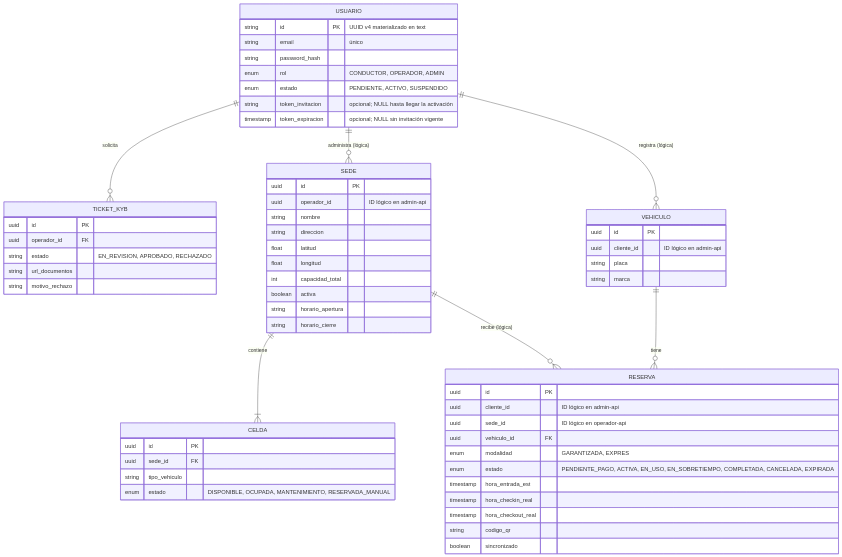
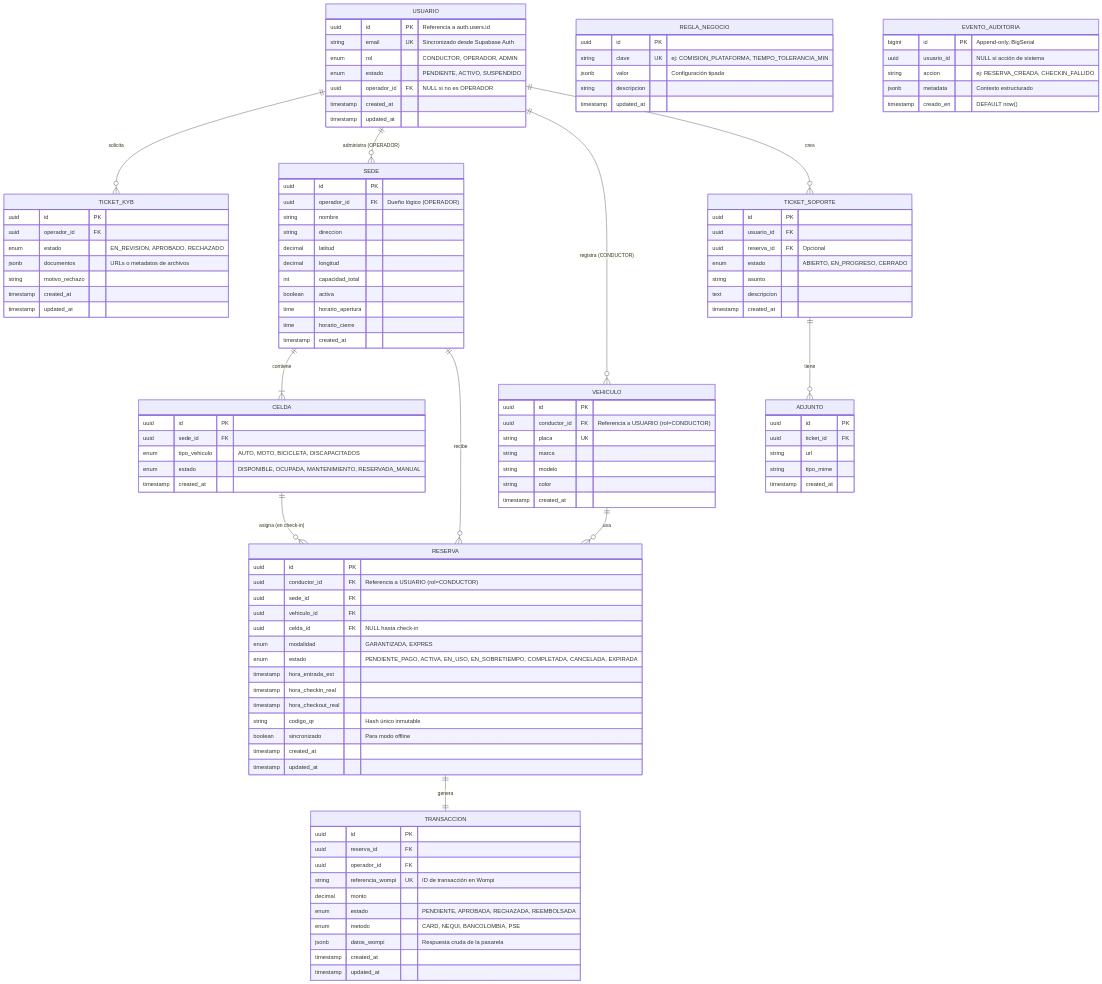
Before and after one commit to Amospad/Locify: the first of 2 diagrams in docs/docs/tecnico/referencia/modelo-datos.md, drawn with Mermaid. The commit also changed other lines of this file and 13 other files, not shown here.

````diff
--- a/docs/docs/tecnico/referencia/modelo-datos.md
+++ b/docs/docs/tecnico/referencia/modelo-datos.md
@@ -16,72 +17,135 @@
 ```mermaid
 erDiagram
-    %% MICROSERVICIO: ADMIN (KYB y Usuarios)
+    %% DOMINIO: IDENTIDAD Y ACCESO (Supabase Auth + Tablas Públicas)
     USUARIO {
-        string id PK "UUID v4 materializado en text"
-        string email "único"
-        string password_hash
+        uuid id PK "Referencia a auth.users.id"
+        string email UK "Sincronizado desde Supabase Auth"
         enum rol "CONDUCTOR, OPERADOR, ADMIN"
         enum estado "PENDIENTE, ACTIVO, SUSPENDIDO"
-        string token_invitacion "opcional; NULL hasta llegar la activación"
-        timestamp token_expiracion "opcional; NULL sin invitación vigente"
+        uuid operador_id FK "NULL si no es OPERADOR"
+        timestamp created_at
+        timestamp updated_at
     }
-    
+
     TICKET_KYB {
         uuid id PK
         uuid operador_id FK
-        string estado "EN_REVISION, APROBADO, RECHAZADO"
-        string url_documentos
+        enum estado "EN_REVISION, APROBADO, RECHAZADO"
+        jsonb documentos "URLs o metadatos de archivos"
         string motivo_rechazo
+        timestamp created_at
+        timestamp updated_at
     }
 
-    %% MICROSERVICIO: OPERADOR (Sedes y Ocupación)
+    %% DOMINIO: OPERADOR (Sedes, Capacidad, Ocupación)
     SEDE {
         uuid id PK
-        uuid operador_id "ID lógico en admin-api"
+        uuid operador_id FK "Dueño lógico (OPERADOR)"
         string nombre
         string direccion
-        float latitud
-        float longitud
+        decimal latitud
+        decimal longitud
         int capacidad_total
         boolean activa
-        string horario_apertura
-        string horario_cierre
+        time horario_apertura
+        time horario_cierre
+        timestamp created_at
     }
 
     CELDA {
         uuid id PK
         uuid sede_id FK
-        string tipo_vehiculo
+        enum tipo_vehiculo "AUTO, MOTO, BICICLETA, DISCAPACITADOS"
         enum estado "DISPONIBLE, OCUPADA, MANTENIMIENTO, RESERVADA_MANUAL"
+        timestamp created_at
     }
 
-    %% MICROSERVICIO: CLIENTE (Reservas y Vehículos)
+    %% DOMINIO: CLIENTE (Conductores, Vehículos, Reservas)
     VEHICULO {
         uuid id PK
-        uuid cliente_id "ID lógico en admin-api"
-        string placa
+        uuid conductor_id FK "Referencia a USUARIO (rol=CONDUCTOR)"
+        string placa UK
         string marca
+        string modelo
+        string color
+        timestamp created_at
     }
 
     RESERVA {
         uuid id PK
-        uuid cliente_id "ID lógico en admin-api"
-        uuid sede_id "ID lógico en operador-api"
+        uuid conductor_id FK "Referencia a USUARIO (rol=CONDUCTOR)"
+        uuid sede_id FK
         uuid vehiculo_id FK
+        uuid celda_id FK "NULL hasta check-in"
         enum modalidad "GARANTIZADA, EXPRES"
         enum estado "PENDIENTE_PAGO, ACTIVA, EN_USO, EN_SOBRETIEMPO, COMPLETADA, CANCELADA, EXPIRADA"
         timestamp hora_entrada_est
         timestamp hora_checkin_real
         timestamp hora_checkout_real
-        string codigo_qr
-        boolean sincronizado
+        string codigo_qr "Hash único inmutable"
+        boolean sincronizado "Para modo offline"
+        timestamp created_at
+        timestamp updated_at
     }
 
-    %% Relaciones lógicas (no son FOREIGN KEY entre servicios distintos)
+    %% DOMINIO: PAGOS Y FINANZAS (Integración Wompi)
+    TRANSACCION {
+        uuid id PK
+        uuid reserva_id FK
+        uuid operador_id FK
+        string referencia_wompi UK "ID de transacción en Wompi"
+        decimal monto
+        enum estado "PENDIENTE, APROBADA, RECHAZADA, REEMBOLSADA"
+        enum metodo "CARD, NEQUI, BANCOLOMBIA, PSE"
+        jsonb datos_wompi "Respuesta cruda de la pasarela"
+        timestamp created_at
+        timestamp updated_at
+    }
+
+    %% DOMINIO: SOPORTE Y AUDITORÍA
+    TICKET_SOPORTE {
+        uuid id PK
+        uuid usuario_id FK
+        uuid reserva_id FK "Opcional"
+        enum estado "ABIERTO, EN_PROGRESO, CERRADO"
+        string asunto
+        text descripcion
+        timestamp created_at
+    }
+
+    ADJUNTO {
+        uuid id PK
+        uuid ticket_id FK
+        string url
+        string tipo_mime
+        timestamp created_at
+    }
+
+    REGLA_NEGOCIO {
+        uuid id PK
+        string clave UK "ej: COMISION_PLATAFORMA, TIEMPO_TOLERANCIA_MIN"
+        jsonb valor "Configuración tipada"
+        string descripcion
+        timestamp updated_at
+    }
+
+    EVENTO_AUDITORIA {
+        bigint id PK "Append-only, BigSerial"
+        uuid usuario_id "NULL si acción de sistema"
+        string accion "ej: RESERVA_CREADA, CHECKIN_FALLIDO"
+        jsonb metadata "Contexto estructurado"
+        timestamp creado_en "DEFAULT now()"
+    }
+
+    %% Relaciones
     USUARIO ||--o{ TICKET_KYB : "solicita"
-    USUARIO ||--o{ SEDE : "administra (lógica)"
+    USUARIO ||--o{ SEDE : "administra (OPERADOR)"
     SEDE ||--|{ CELDA : "contiene"
-    USUARIO ||--o{ VEHICULO : "registra (lógica)"
-    VEHICULO ||--o{ RESERVA : "tiene"
-    SEDE ||--o{ RESERVA : "recibe (lógica)"
+    USUARIO ||--o{ VEHICULO : "registra (CONDUCTOR)"
+    VEHICULO ||--o{ RESERVA : "usa"
+    SEDE ||--o{ RESERVA : "recibe"
+    CELDA ||--o{ RESERVA : "asigna (en check-in)"
+    RESERVA ||--|| TRANSACCION : "genera"
+    USUARIO ||--o{ TICKET_SOPORTE : "crea"
+    TICKET_SOPORTE ||--o{ ADJUNTO : "tiene"
 ```
````
